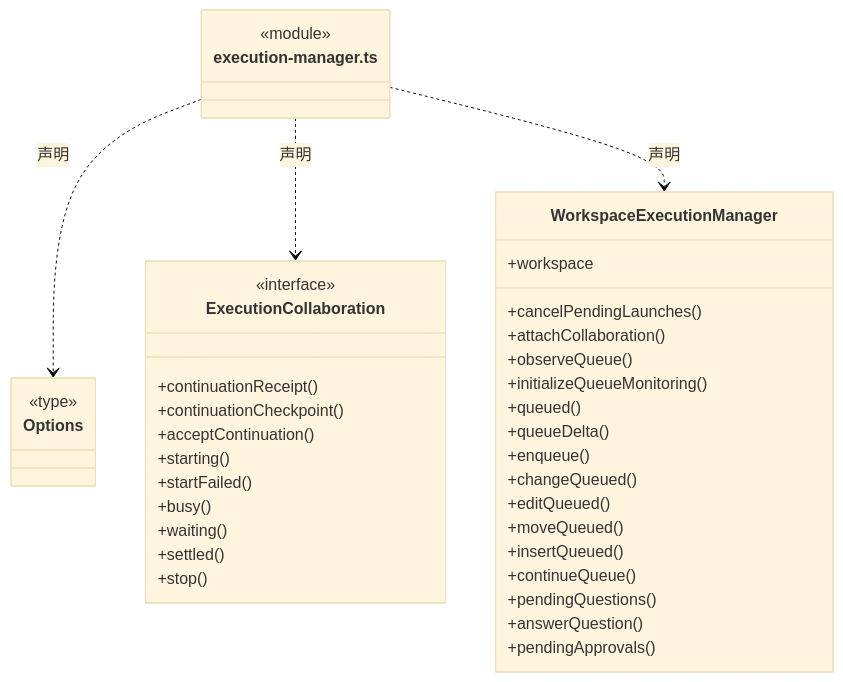
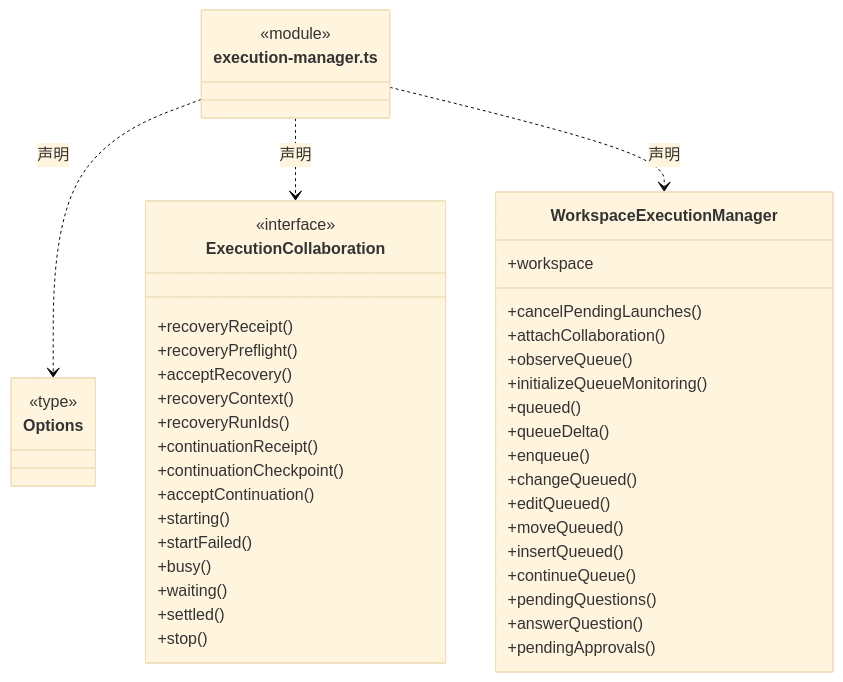
The seventh of 36 diagrams in src/backend/scheduler-engine/execution/ARCHITECTURE.md (nan023062/cbim), drawn with Mermaid (base theme) before and after one commit. The commit also changed other lines of this file and 65 other files, not shown here.

````diff
--- a/src/backend/scheduler-engine/execution/ARCHITECTURE.md
+++ b/src/backend/scheduler-engine/execution/ARCHITECTURE.md
@@ -203,43 +220,48 @@
 ```mermaid
 classDiagram
 class N_src_backend_scheduler_engine_execution_execution_manager_ts["execution-manager.ts"] {
   <<module>>
 }
 class N_src_backend_scheduler_engine_execution_execution_manager_ts_Options["Options"] {
   <<type>>
 
 }
 N_src_backend_scheduler_engine_execution_execution_manager_ts ..> N_src_backend_scheduler_engine_execution_execution_manager_ts_Options : 声明
 class N_src_backend_scheduler_engine_execution_execution_manager_ts_ExecutionCollaboration["ExecutionCollaboration"] {
   <<interface>>
+  +recoveryReceipt()
+  +recoveryPreflight()
+  +acceptRecovery()
+  +recoveryContext()
+  +recoveryRunIds()
   +continuationReceipt()
   +continuationCheckpoint()
   +acceptContinuation()
   +starting()
   +startFailed()
   +busy()
   +waiting()
   +settled()
   +stop()
 }
 N_src_backend_scheduler_engine_execution_execution_manager_ts ..> N_src_backend_scheduler_engine_execution_execution_manager_ts_ExecutionCollaboration : 声明
 class N_src_backend_scheduler_engine_execution_execution_manager_ts_WorkspaceExecutionManager["WorkspaceExecutionManager"] {
   +workspace
   +cancelPendingLaunches()
   +attachCollaboration()
   +observeQueue()
   +initializeQueueMonitoring()
   +queued()
   +queueDelta()
   +enqueue()
   +changeQueued()
   +editQueued()
   +moveQueued()
   +insertQueued()
   +continueQueue()
   +pendingQuestions()
   +answerQuestion()
   +pendingApprovals()
 }
 N_src_backend_scheduler_engine_execution_execution_manager_ts ..> N_src_backend_scheduler_engine_execution_execution_manager_ts_WorkspaceExecutionManager : 声明
 ```
````
